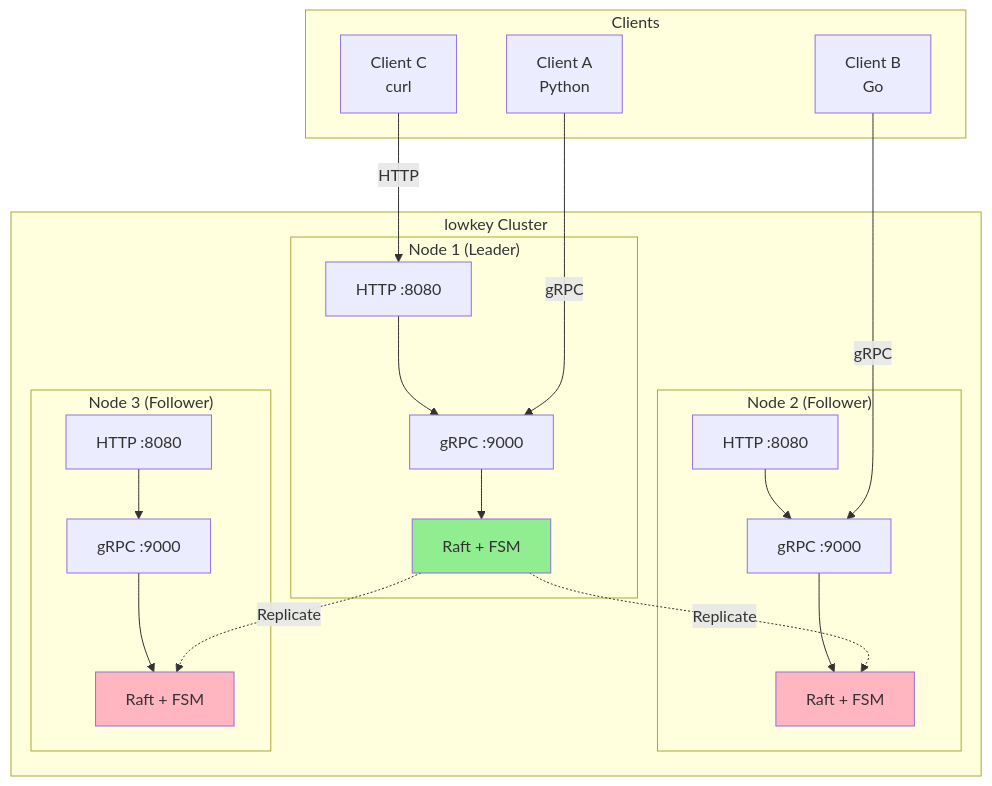
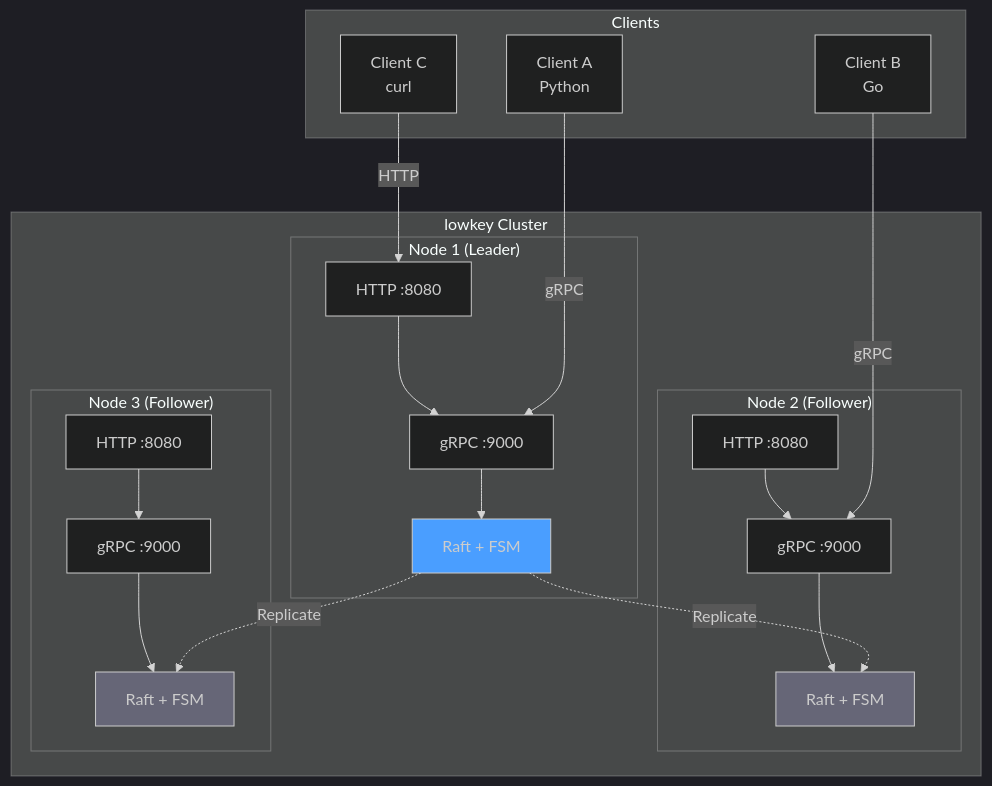
Before and after one commit to pixperk/lowkey: the first of 4 diagrams in README.md, drawn with Mermaid. The commit also changed other lines of this file and 2 other files, not shown here.

````diff
--- a/README.md
+++ b/README.md
@@ -20,45 +20,46 @@
 ```mermaid
+%%{init: {'theme':'dark'}}%%
 graph TB
     subgraph Clients
         C1[Client A<br/>Python]
         C2[Client B<br/>Go]
         C3[Client C<br/>curl]
     end
 
     subgraph "lowkey Cluster"
         subgraph "Node 1 (Leader)"
             G1[gRPC :9000]
             H1[HTTP :8080]
             R1[Raft + FSM]
             G1 --> R1
             H1 --> G1
         end
 
         subgraph "Node 2 (Follower)"
             G2[gRPC :9000]
             H2[HTTP :8080]
             R2[Raft + FSM]
             G2 --> R2
             H2 --> G2
         end
 
         subgraph "Node 3 (Follower)"
             G3[gRPC :9000]
             H3[HTTP :8080]
             R3[Raft + FSM]
             G3 --> R3
             H3 --> G3
         end
 
         R1 -.Replicate.-> R2
         R1 -.Replicate.-> R3
     end
 
     C1 -->|gRPC| G1
     C2 -->|gRPC| G2
     C3 -->|HTTP| H1
 
-    style R1 fill:#90EE90
-    style R2 fill:#FFB6C1
-    style R3 fill:#FFB6C1
+    style R1 fill:#4a9eff
+    style R2 fill:#667
+    style R3 fill:#667
 ```
````
